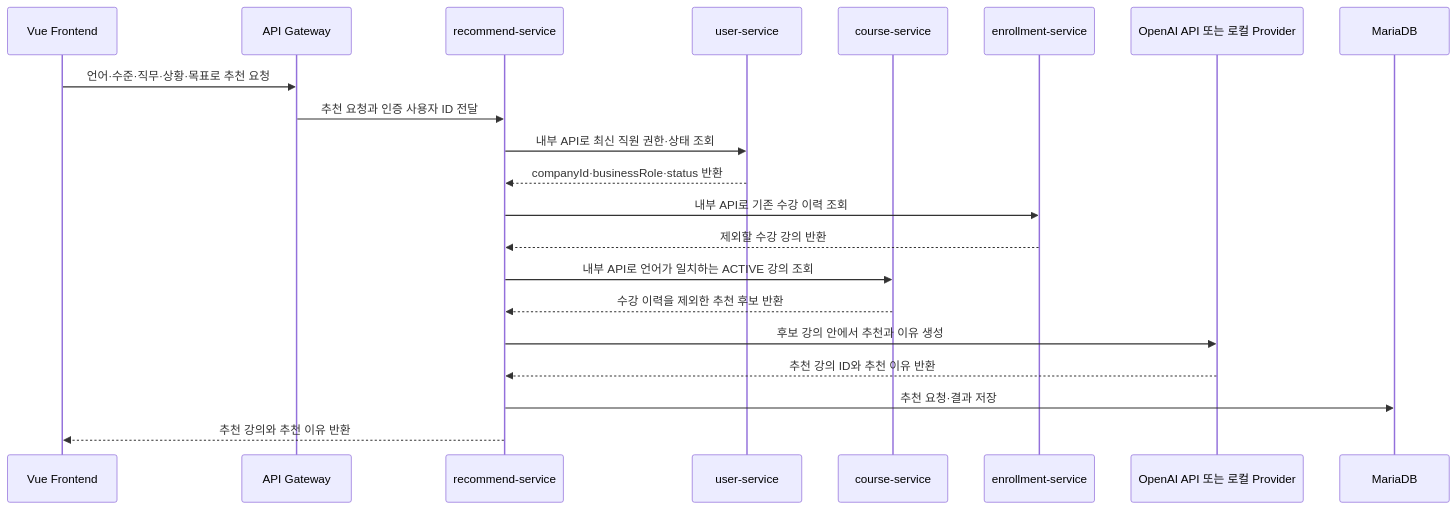
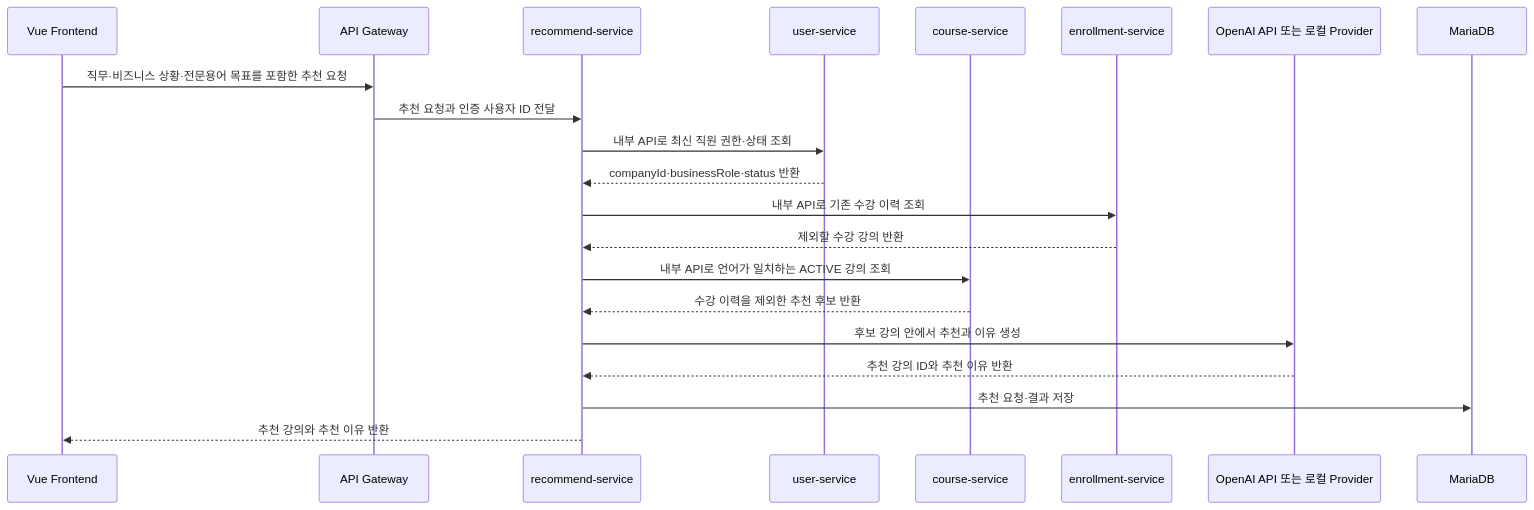
The sixth of 6 diagrams in README.md (skala-msa-team/linguaroute-msa), drawn with Mermaid before and after one commit. The commit also changed 13 other files, not shown here.

````diff
--- a/README.md
+++ b/README.md
@@ -452,24 +452,24 @@
 ```mermaid
 sequenceDiagram
     participant FE as Vue Frontend
     participant GW as API Gateway
     participant RS as recommend-service
     participant US as user-service
     participant CS as course-service
     participant ES as enrollment-service
     participant AI as OpenAI API 또는 로컬 Provider
     participant DB as MariaDB
 
-    FE->>GW: 언어·수준·직무·상황·목표로 추천 요청
+    FE->>GW: 직무·비즈니스 상황·전문용어 목표를 포함한 추천 요청
     GW->>RS: 추천 요청과 인증 사용자 ID 전달
     RS->>US: 내부 API로 최신 직원 권한·상태 조회
     US-->>RS: companyId·businessRole·status 반환
     RS->>ES: 내부 API로 기존 수강 이력 조회
     ES-->>RS: 제외할 수강 강의 반환
     RS->>CS: 내부 API로 언어가 일치하는 ACTIVE 강의 조회
     CS-->>RS: 수강 이력을 제외한 추천 후보 반환
     RS->>AI: 후보 강의 안에서 추천과 이유 생성
     AI-->>RS: 추천 강의 ID와 추천 이유 반환
     RS->>DB: 추천 요청·결과 저장
     RS-->>FE: 추천 강의와 추천 이유 반환
 ```
````
